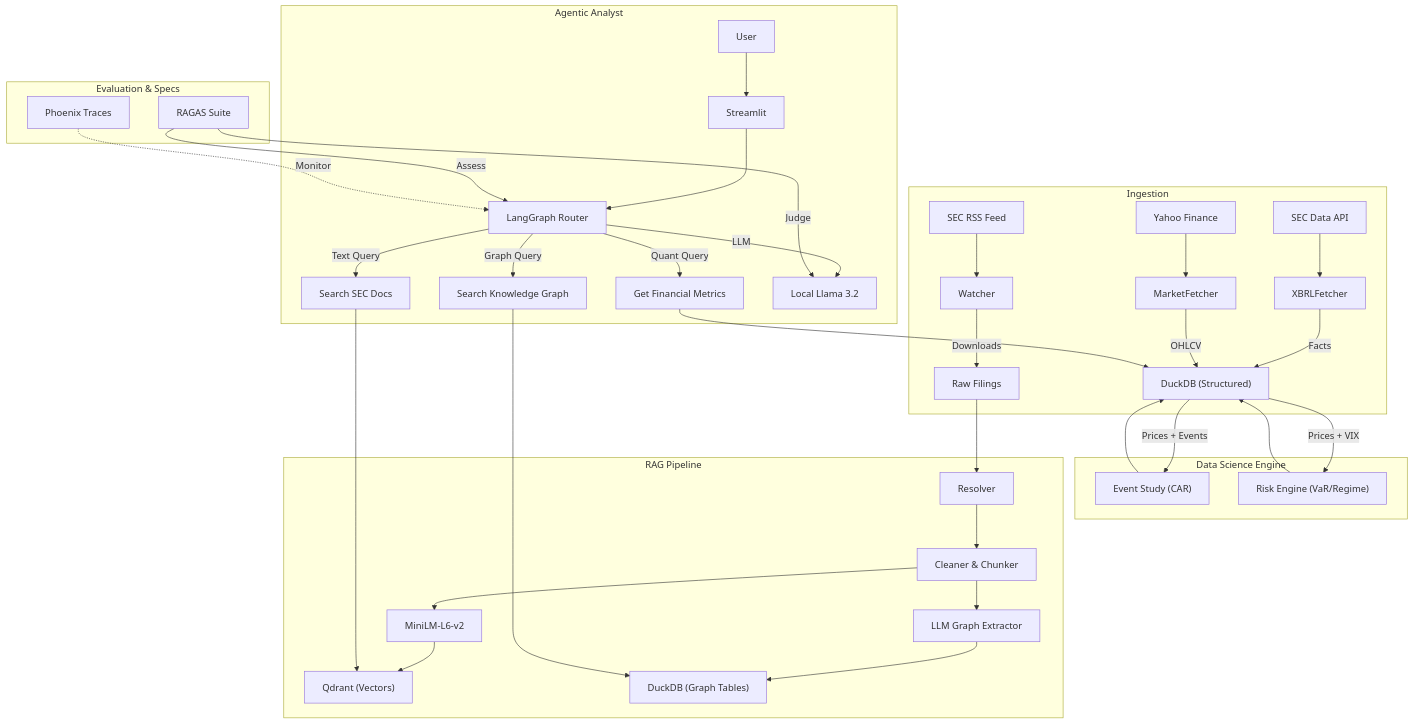
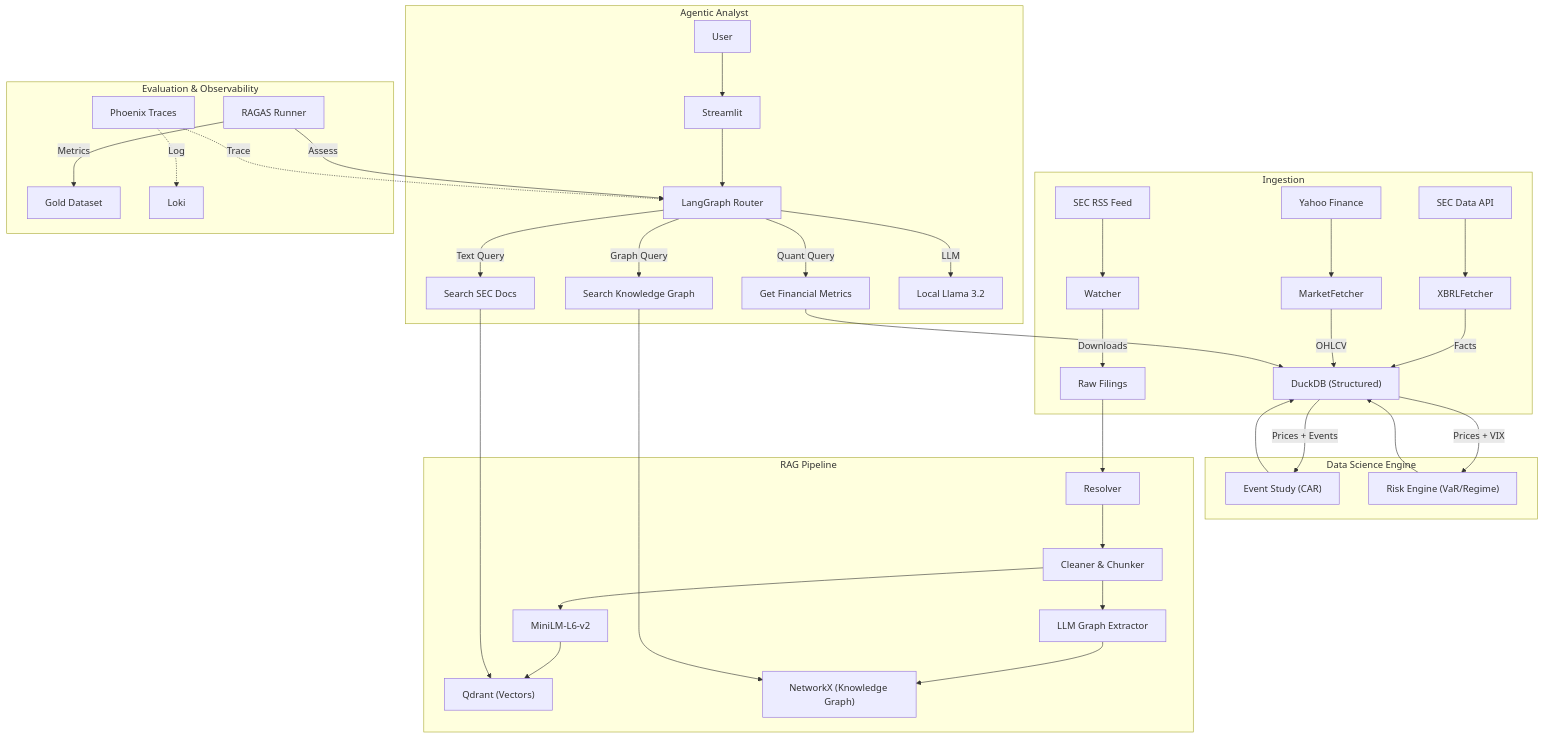
Before and after one commit to kaushikkumarkr/EDGAR-AlphaOps: the diagram in README.md, drawn with Mermaid. The commit also changed other lines of this file and 63 other files, not shown here.

Commit message:
feat: complete Sprints 7 & 8 (GraphRAG, Eval, Observability) and finalize production readiness

````diff
--- a/README.md
+++ b/README.md
@@ -10,45 +10,46 @@
 ```mermaid
 graph TD
     subgraph Ingestion
         RSS["SEC RSS Feed"] --> Watcher
         API["SEC Data API"] --> XBRLFetcher
         YF["Yahoo Finance"] --> MarketFetcher
         Watcher -->|Downloads| HTML["Raw Filings"]
         XBRLFetcher -->|Facts| SQL["DuckDB (Structured)"]
         MarketFetcher -->|OHLCV| SQL
     end
 
     subgraph "Data Science Engine"
         SQL -->|Prices + Events| EventStudy["Event Study (CAR)"]
         SQL -->|Prices + VIX| RiskModel["Risk Engine (VaR/Regime)"]
         EventStudy --> SQL
         RiskModel --> SQL
     end
 
     subgraph "RAG Pipeline"
         HTML --> Resolver
         Resolver --> Processor["Cleaner & Chunker"]
         Processor --> Embedder["MiniLM-L6-v2"]
         Processor --> GraphExtractor["LLM Graph Extractor"]
         Embedder --> Vector["Qdrant (Vectors)"]
-        GraphExtractor --> Graph["DuckDB (Graph Tables)"]
+        GraphExtractor --> Graph["NetworkX (Knowledge Graph)"]
     end
 
     subgraph "Agentic Analyst"
         User --> Streamlit
         Streamlit --> Agent["LangGraph Router"]
         Agent -->|Text Query| ToolVector["Search SEC Docs"]
         Agent -->|Graph Query| ToolGraph["Search Knowledge Graph"]
         Agent -->|Quant Query| ToolDS["Get Financial Metrics"]
         ToolVector --> Vector
         ToolGraph --> Graph
         ToolDS --> SQL
         Agent -->|LLM| MLX["Local Llama 3.2"]
     end
     
-    subgraph "Evaluation & Specs"
-        Eval["RAGAS Suite"] -->|Assess| Agent
-        Eval -->|Judge| MLX
-        Observability["Phoenix Traces"] -.->|Monitor| Agent
+    subgraph "Evaluation & Observability"
+        Eval["RAGAS Runner"] -->|Assess| Agent
+        Eval -->|Metrics| Gold["Gold Dataset"]
+        Observability["Phoenix Traces"] -.->|Trace| Agent
+        Observability -.->|Log| Loki
     end
 ```
````
